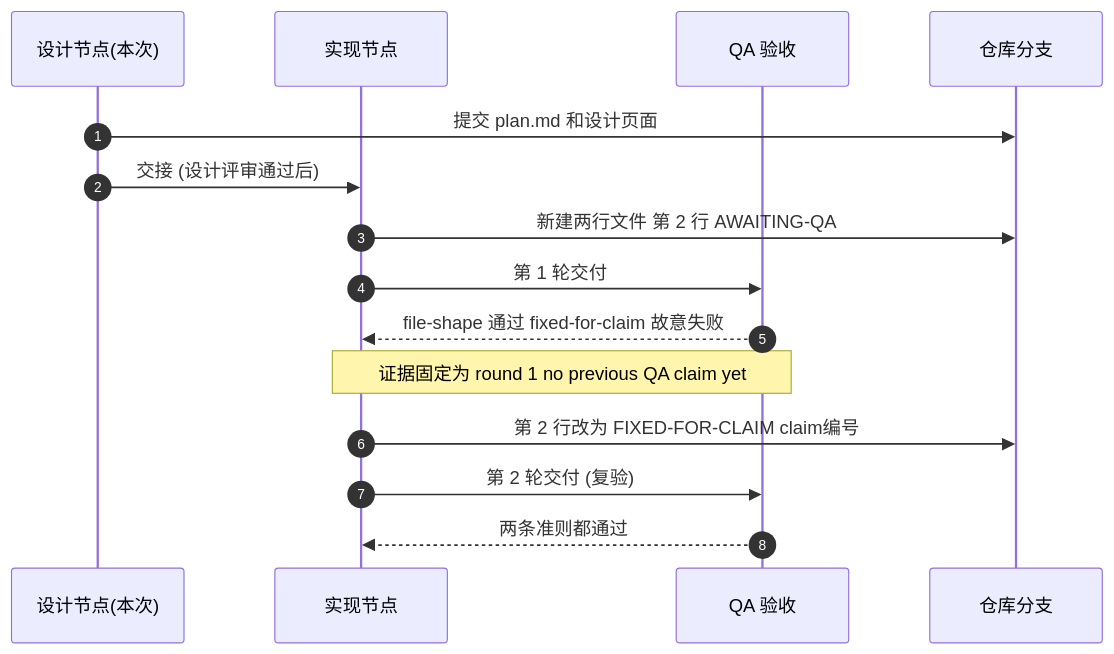
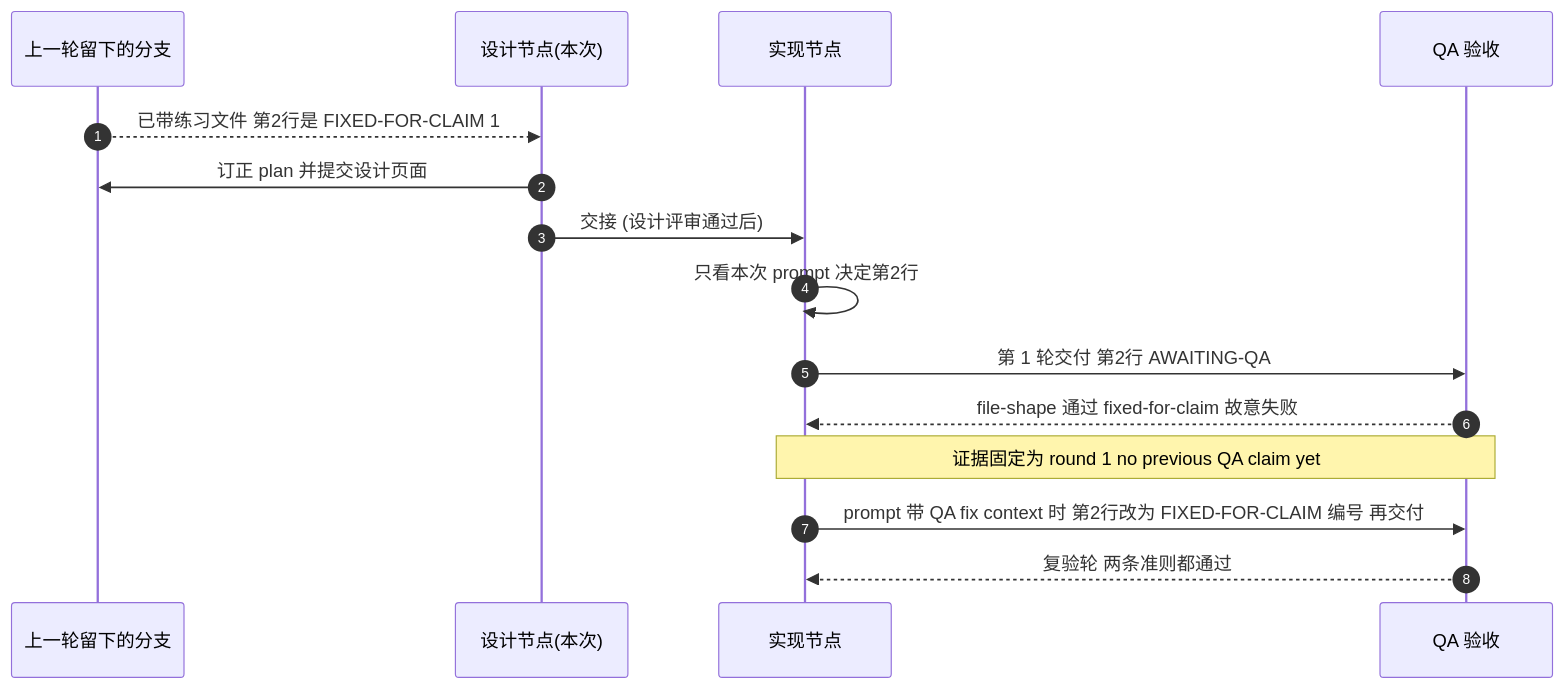
One commit to xrliAnnie/flywheel-qa-sandbox changed the diagram in engineering/doc/FLY-3225-real-runner-drill/design-d1.mmd. Above: the diagram before and after it, drawn with Mermaid. The commit also changed 2 other files, not shown here.

Commit message:
docs(FLY-3225): address design review r1 on plan scope and shape checks

```diff
--- a/engineering/doc/FLY-3225-real-runner-drill/design-d1.mmd
+++ b/engineering/doc/FLY-3225-real-runner-drill/design-d1.mmd
@@ -1,15 +1,15 @@
 sequenceDiagram
     autonumber
+    participant P as 上一轮留下的分支
     participant D as 设计节点(本次)
     participant I as 实现节点
     participant Q as QA 验收
-    participant R as 仓库分支
-    D->>R: 提交 plan.md 和设计页面
+    P-->>D: 已带练习文件 第2行是 FIXED-FOR-CLAIM 1
+    D->>P: 订正 plan 并提交设计页面
     D->>I: 交接 (设计评审通过后)
-    I->>R: 新建两行文件 第 2 行 AWAITING-QA
-    I->>Q: 第 1 轮交付
+    I->>I: 只看本次 prompt 决定第2行
+    I->>Q: 第 1 轮交付 第2行 AWAITING-QA
     Q-->>I: file-shape 通过 fixed-for-claim 故意失败
     Note over Q,I: 证据固定为 round 1 no previous QA claim yet
-    I->>R: 第 2 行改为 FIXED-FOR-CLAIM claim编号
-    I->>Q: 第 2 轮交付 (复验)
-    Q-->>I: 两条准则都通过
+    I->>Q: prompt 带 QA fix context 时 第2行改为 FIXED-FOR-CLAIM 编号 再交付
+    Q-->>I: 复验轮 两条准则都通过
```
